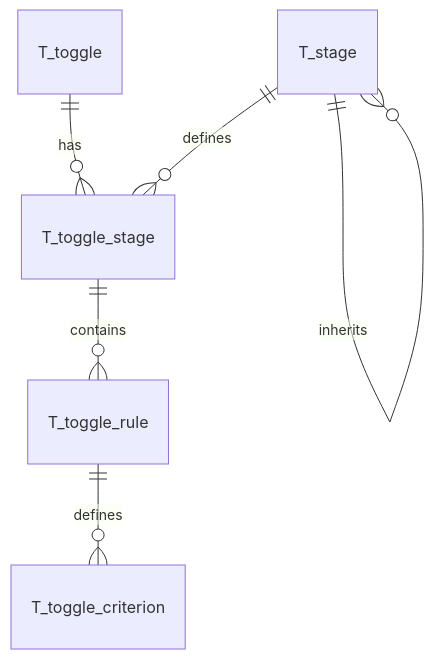
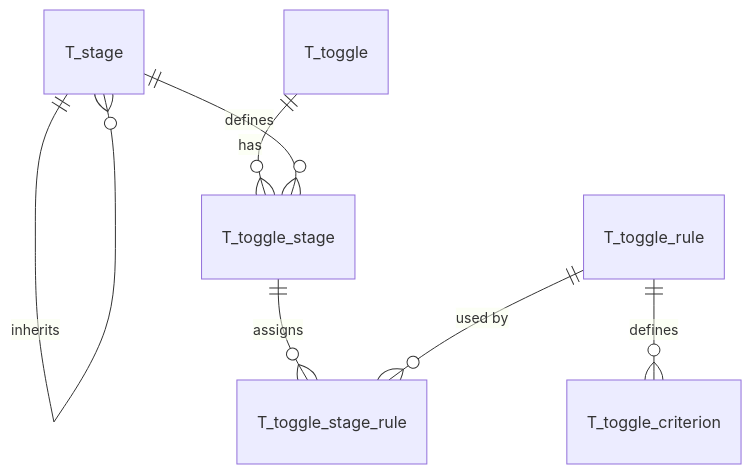
The diagram in docs/DATABASE.md (abstratium-dev/abstoggle), drawn with Mermaid before and after one commit. The commit also changed other lines of this file and 53 other files, not shown here.

````diff
--- a/docs/DATABASE.md
+++ b/docs/DATABASE.md
@@ -11,8 +11,9 @@
 ```mermaid
 erDiagram
     T_stage ||--o{ T_stage : inherits
     T_toggle ||--o{ T_toggle_stage : has
     T_stage ||--o{ T_toggle_stage : defines
-    T_toggle_stage ||--o{ T_toggle_rule : contains
+    T_toggle_stage ||--o{ T_toggle_stage_rule : assigns
+    T_toggle_rule ||--o{ T_toggle_stage_rule : "used by"
     T_toggle_rule ||--o{ T_toggle_criterion : defines
 ```
````
